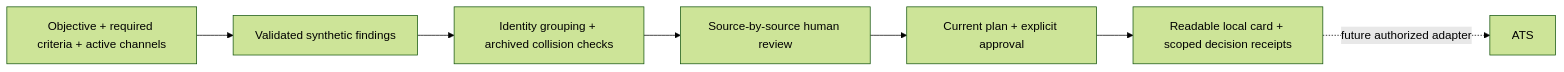
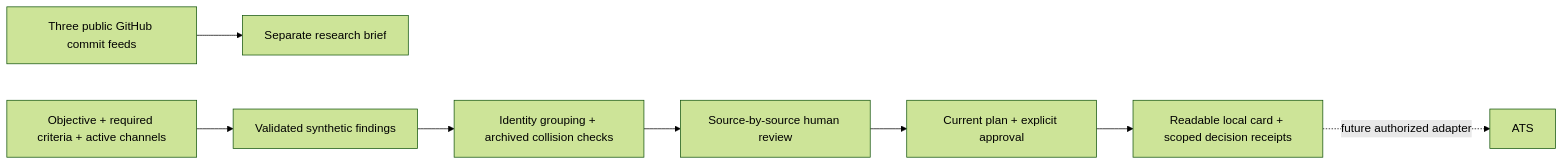
Before and after one commit to DiadkoShmek/talent-research-workflow-prototype: the diagram in README.md, drawn with Mermaid (forest theme). The commit also changed other lines of this file and 33 other files, not shown here.

Commit message:
Add bounded public research, guided demo and session recovery

````diff
--- a/README.md
+++ b/README.md
@@ -52,9 +74,10 @@
 ```mermaid
 flowchart LR
+    G[Three public GitHub commit feeds] --> H[Separate research brief]
     A[Objective + required criteria + active channels] --> B[Validated synthetic findings]
     B --> C[Identity grouping + archived collision checks]
     C --> D[Source-by-source human review]
     D --> E[Current plan + explicit approval]
     E --> F[Readable local card + scoped decision receipts]
-    F -. future authorized adapter .-> G[ATS]
+    F -. future authorized adapter .-> ATS[ATS]
 ```
````
